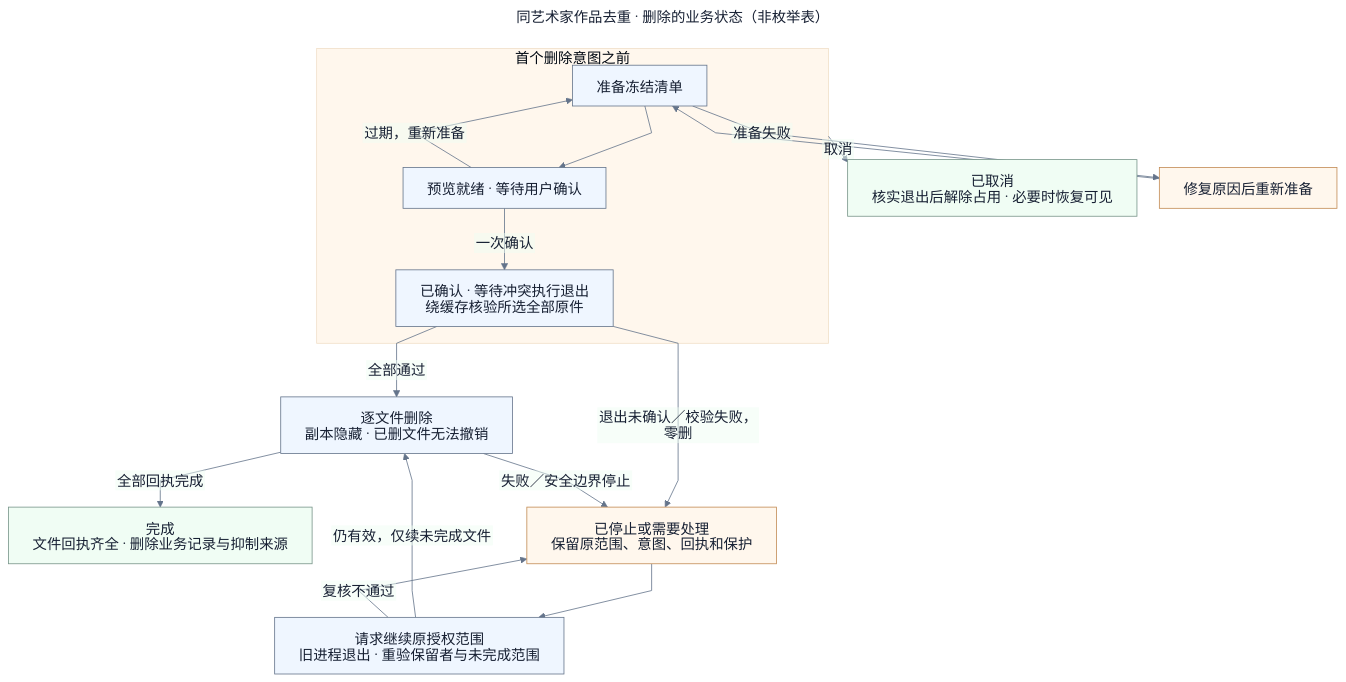
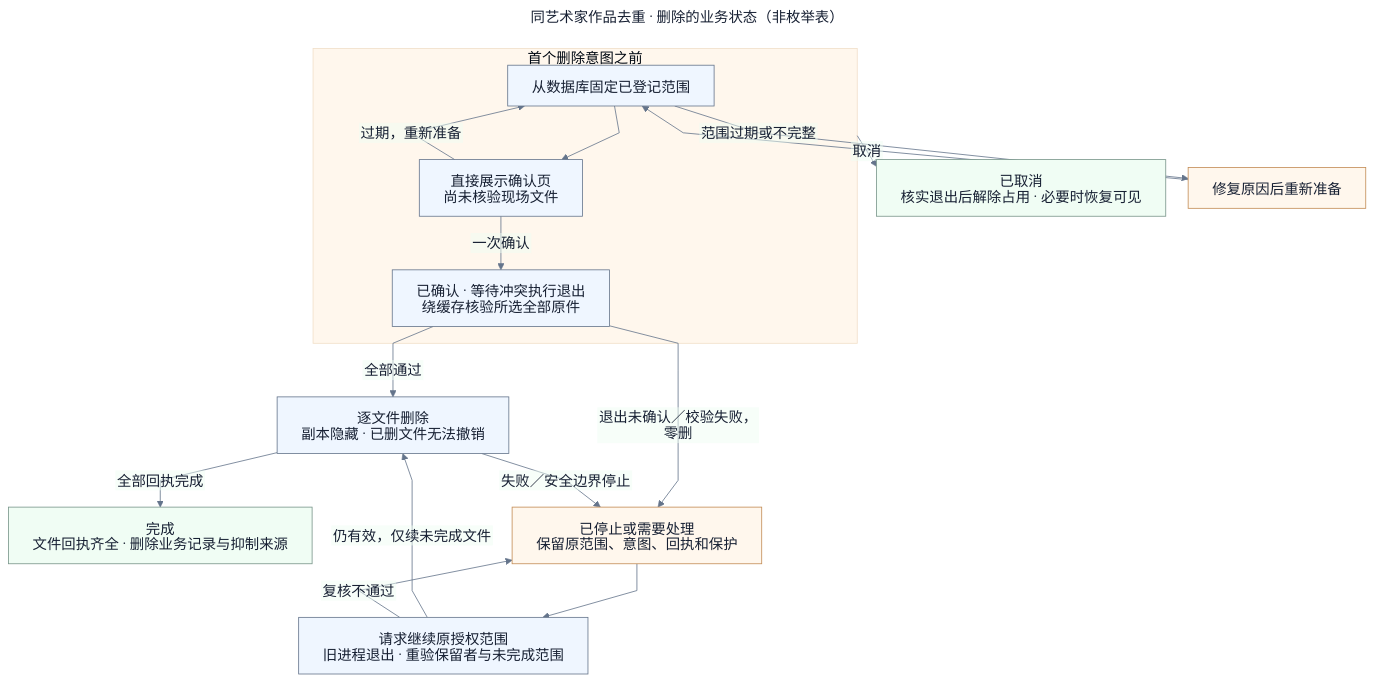
Before and after one commit to namehu/PixiShelf: the diagram in docs/diagrams/features/artwork-deduplication/lifecycle.mmd, drawn with Mermaid. The commit also changed 48 other files, not shown here.

```diff
--- a/docs/diagrams/features/artwork-deduplication/lifecycle.mmd
+++ b/docs/diagrams/features/artwork-deduplication/lifecycle.mmd
@@ -1,48 +1,48 @@
 ---
 config:
   theme: base
   htmlLabels: false
   themeVariables:
     fontFamily: 'Arial, PingFang SC, Microsoft YaHei, sans-serif'
     fontSize: 18px
     background: '#ffffff'
     primaryColor: '#eff6ff'
     primaryTextColor: '#172033'
     primaryBorderColor: '#64748b'
     lineColor: '#64748b'
     secondaryColor: '#f0fdf4'
     tertiaryColor: '#fff7ed'
   flowchart:
     htmlLabels: false
     curve: linear
     nodeSpacing: 28
     rankSpacing: 42
     wrappingWidth: 340
 title: 同艺术家作品去重 · 删除的业务状态（非枚举表）
 ---
 flowchart TB
   subgraph Before[首个删除意图之前]
-    L01[准备冻结清单]
-    L02[预览就绪 · 等待用户确认]
+    L01[从数据库固定已登记范围]
+    L02[直接展示确认页<br/>尚未核验现场文件]
     L03[已确认 · 等待冲突执行退出<br/>绕缓存核验所选全部原件]
     L01 --> L02 -->|一次确认| L03
     L02 -->|过期，重新准备| L01
   end
   L04[逐文件删除<br/>副本隐藏 · 已删文件无法撤销]
   L05[完成<br/>文件回执齐全 · 删除业务记录与抑制来源]
   L06[已取消<br/>核实退出后解除占用 · 必要时恢复可见]
   L07[已停止或需要处理<br/>保留原范围、意图、回执和保护]
   L08[请求继续原授权范围<br/>旧进程退出 · 重验保留者与未完成范围]
   L03 -->|全部通过| L04 -->|全部回执完成| L05
   Before -->|取消| L06
-  L01 -->|准备失败| L09[修复原因后重新准备]
+  L01 -->|范围过期或不完整| L09[修复原因后重新准备]
   L09 --> L01
   L03 -->|退出未确认／校验失败，零删| L07
   L04 -->|失败／安全边界停止| L07
   L07 --> L08
   L08 -->|仍有效，仅续未完成文件| L04
   L08 -->|复核不通过| L07
   classDef success fill:#f0fdf4,stroke:#779489
   classDef stopped fill:#fff7ed,stroke:#c28b54
   class L05,L06 success
   class L07,L09 stopped
```
